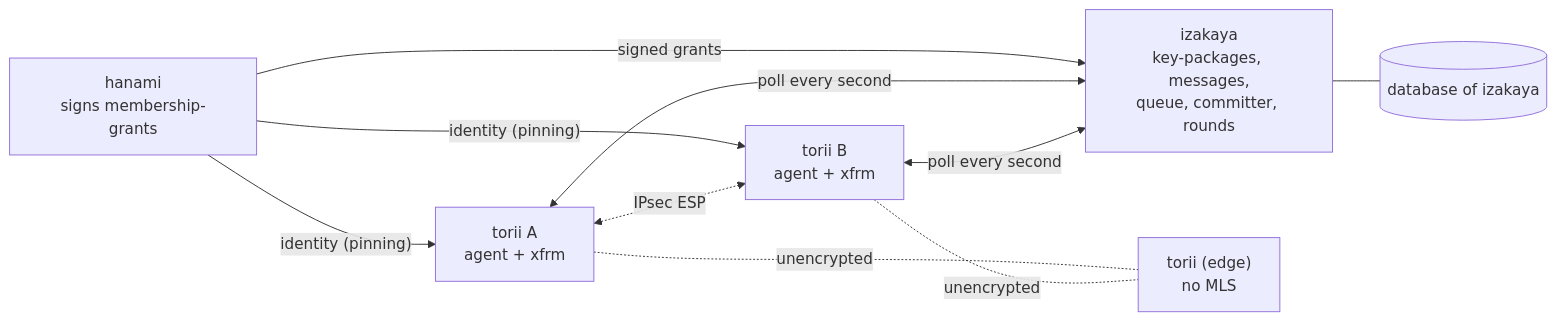
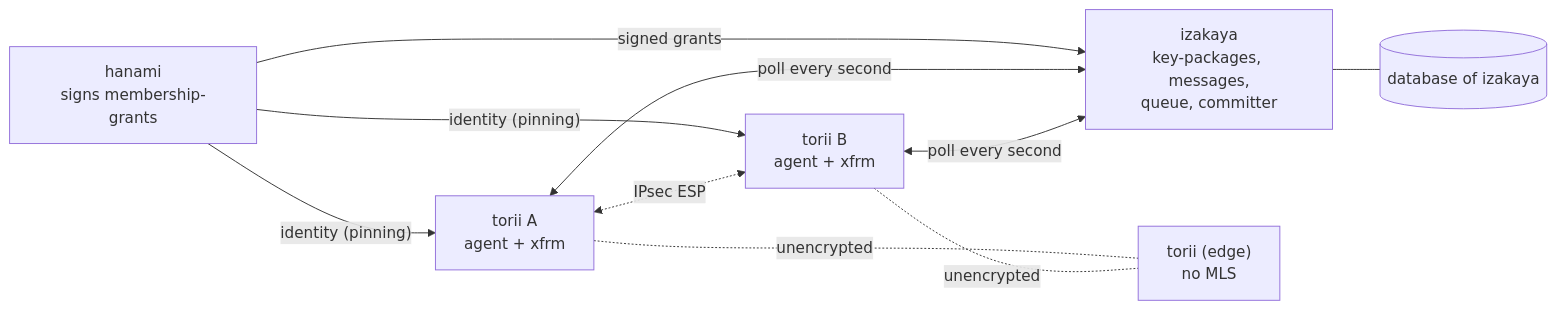
The first of 20 diagrams in docs/developer/sequence_diagrams/network_crypto_key_exchange.md (kitsudaiki/ainari), drawn with Mermaid before and after one commit. The commit also changed other lines of this file and 3 other files, not shown here.

````diff
--- a/docs/developer/sequence_diagrams/network_crypto_key_exchange.md
+++ b/docs/developer/sequence_diagrams/network_crypto_key_exchange.md
@@ -22,19 +22,19 @@
 ```mermaid
 flowchart LR
     hanami["hanami<br/>signs membership-grants"]
-    izakaya["izakaya<br/>key-packages, messages,<br/>queue, committer, rounds"]
+    izakaya["izakaya<br/>key-packages, messages,<br/>queue, committer"]
     db[("database of izakaya")]
     toriiA["torii A<br/>agent + xfrm"]
     toriiB["torii B<br/>agent + xfrm"]
     edge["torii (edge)<br/>no MLS"]
 
     hanami -- "identity (pinning)" --> toriiA
     hanami -- "identity (pinning)" --> toriiB
     hanami -- "signed grants" --> izakaya
     izakaya --- db
     toriiA <-->|poll every second| izakaya
     toriiB <-->|poll every second| izakaya
     toriiA <-.->|IPsec ESP| toriiB
     toriiA -.-|unencrypted| edge
     toriiB -.-|unencrypted| edge
 ```
````
